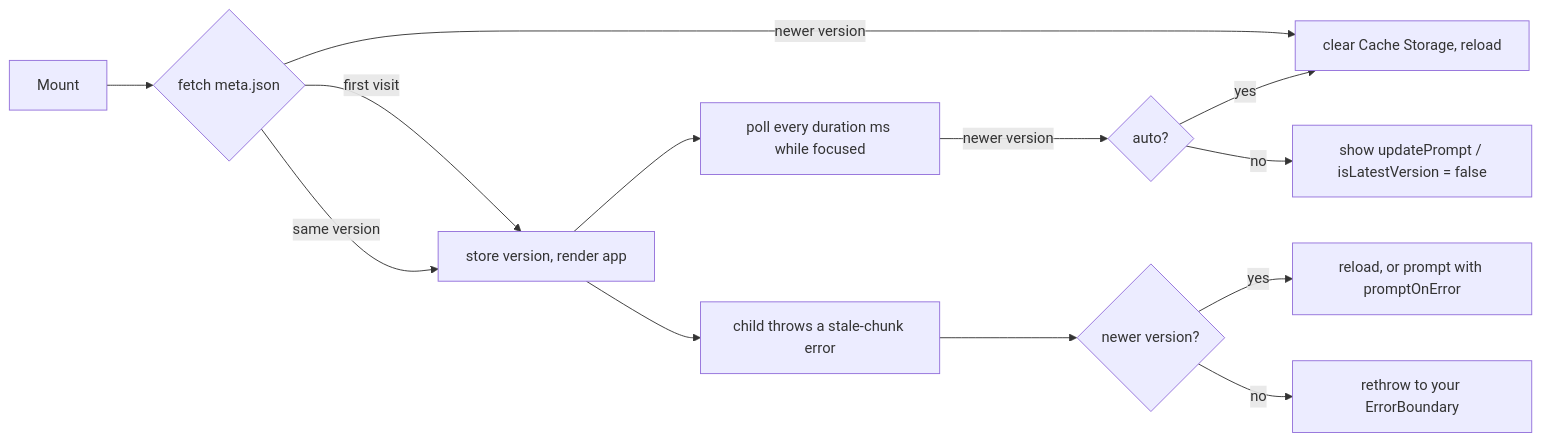
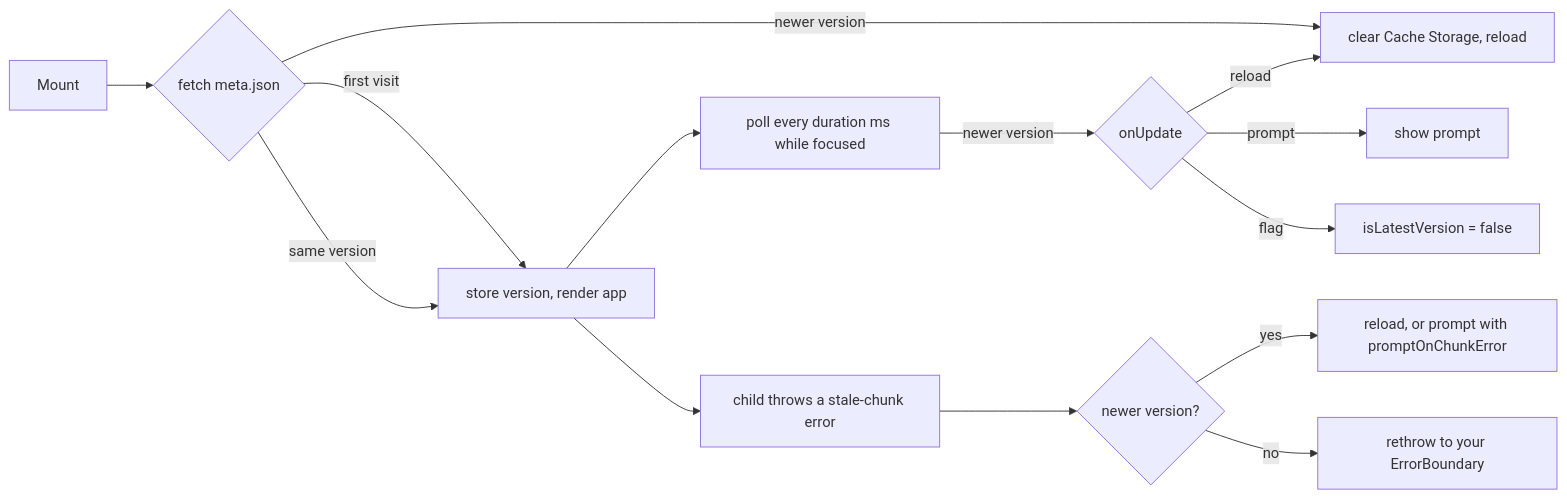
One commit to devmaxxx/react-clear-browser-cache changed the diagram in README.md. Above: the diagram before and after it, drawn with Mermaid. The commit also changed other lines of this file and 21 other files, not shown here.

````diff
--- a/README.md
+++ b/README.md
@@ -109,15 +158,16 @@
 ```mermaid
 flowchart LR
   A[Mount] --> B{fetch meta.json}
   B -- first visit --> C[store version, render app]
   B -- same version --> C
   B -- newer version --> D[clear Cache Storage, reload]
   C --> E[poll every duration ms while focused]
-  E -- newer version --> F{auto?}
-  F -- yes --> D
-  F -- no --> G[show updatePrompt / isLatestVersion = false]
+  E -- newer version --> F{onUpdate}
+  F -- reload --> D
+  F -- prompt --> G[show prompt]
+  F -- flag --> L[isLatestVersion = false]
   C --> H[child throws a stale-chunk error]
   H --> I{newer version?}
-  I -- yes --> J[reload, or prompt with promptOnError]
+  I -- yes --> J[reload, or prompt with promptOnChunkError]
   I -- no --> K[rethrow to your ErrorBoundary]
 ```
````
